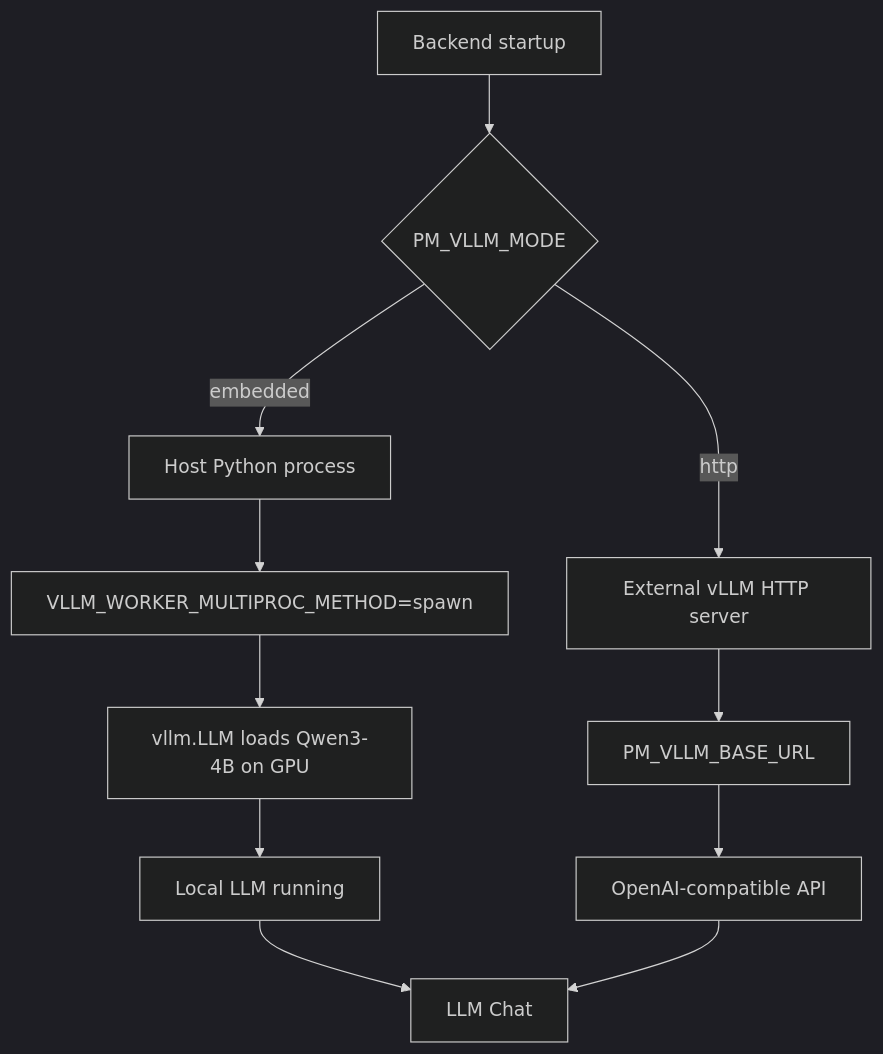
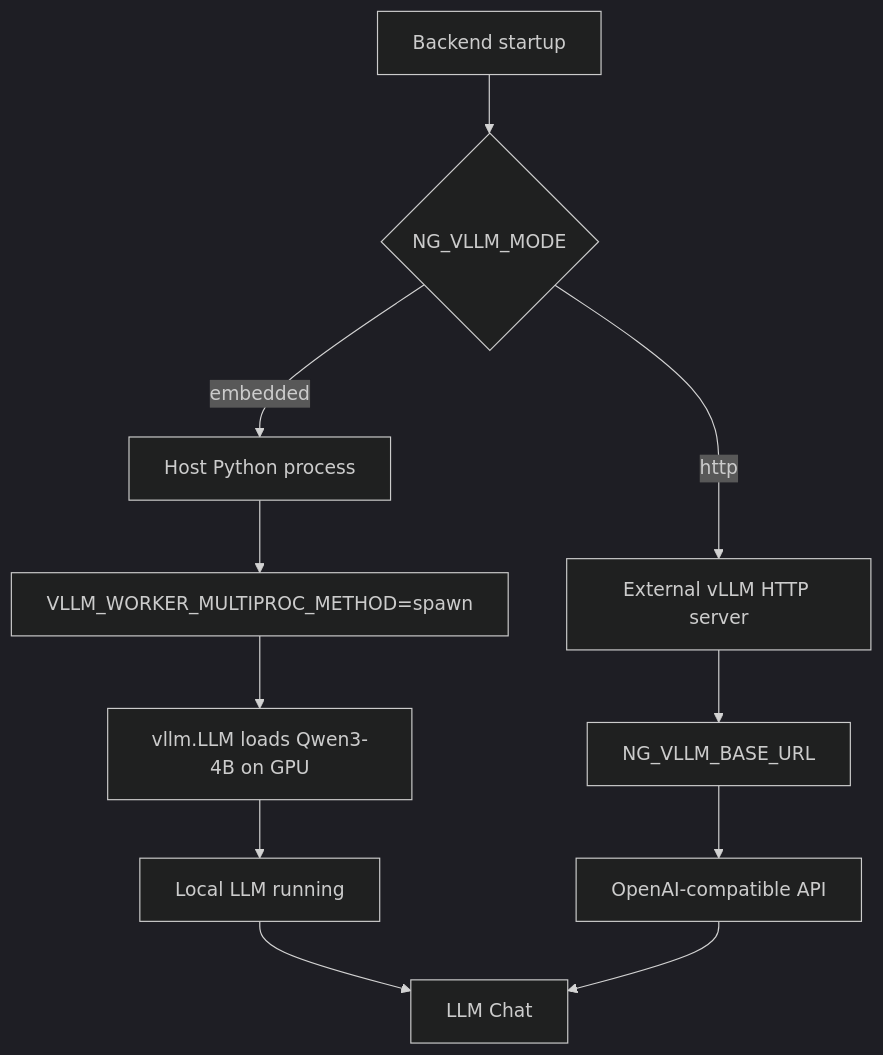
Before and after one commit to PatchMachine/Negotium: the fourth of 9 diagrams in docs/architecture.md, drawn with Mermaid (dark theme). The commit also changed other lines of this file and 12 other files, not shown here.

````diff
--- a/docs/architecture.md
+++ b/docs/architecture.md
@@ -92,16 +92,16 @@
 ```mermaid
 flowchart TB
-  Start["Backend startup"] --> ModeCheck{"PM_VLLM_MODE"}
+  Start["Backend startup"] --> ModeCheck{"NG_VLLM_MODE"}
 
   ModeCheck -->|"embedded"| HostMode["Host Python process"]
   HostMode --> Spawn["VLLM_WORKER_MULTIPROC_METHOD=spawn"]
   Spawn --> LoadModel["vllm.LLM loads Qwen3-4B on GPU"]
   LoadModel --> Ready["Local LLM running"]
 
   ModeCheck -->|"http"| HttpMode["External vLLM HTTP server"]
-  HttpMode --> BaseURL["PM_VLLM_BASE_URL"]
+  HttpMode --> BaseURL["NG_VLLM_BASE_URL"]
   BaseURL --> HttpReady["OpenAI-compatible API"]
 
   Ready --> Chat["LLM Chat"]
   HttpReady --> Chat
 ```
````
